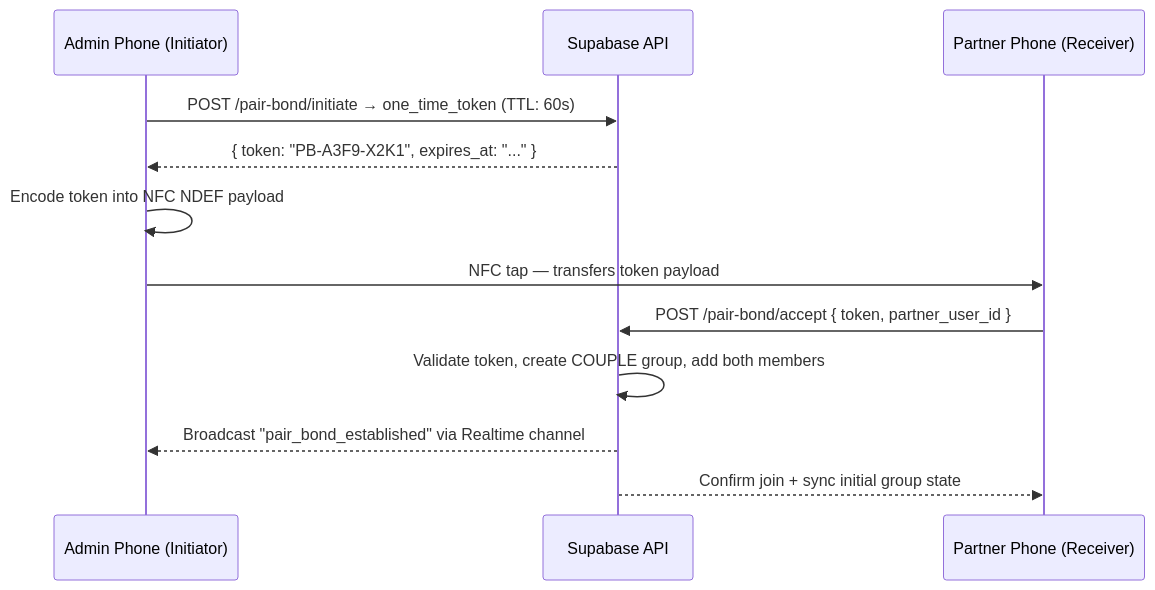
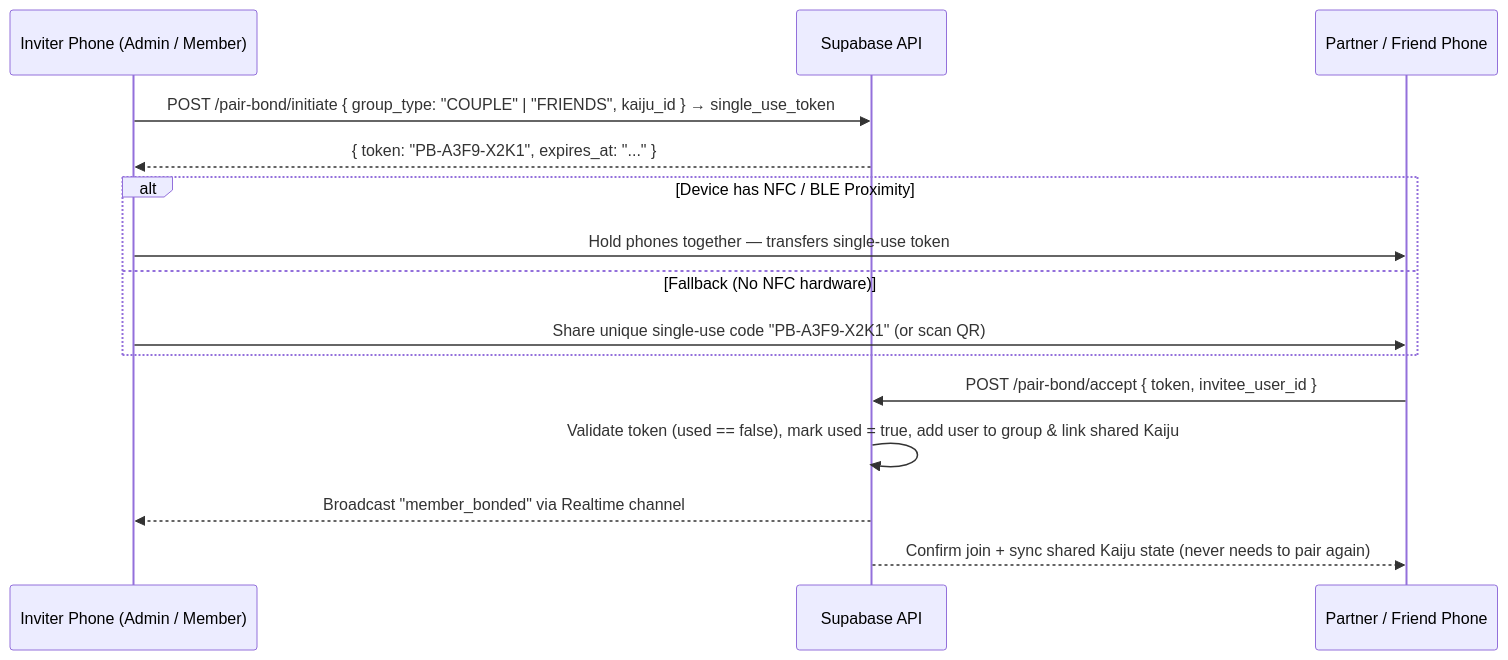
The diagram in Documentation/Multiplayer/03-pair-bond-connection.md (TheMrCorvy/HATCH.REF), drawn with Mermaid before and after one commit. The commit also changed other lines of this file and 55 other files, not shown here.

````diff
--- a/Documentation/Multiplayer/03-pair-bond-connection.md
+++ b/Documentation/Multiplayer/03-pair-bond-connection.md
@@ -24,15 +25,18 @@
 ```mermaid
 sequenceDiagram
-    participant Admin as Admin Phone (Initiator)
+    participant Inviter as Inviter Phone (Admin / Member)
     participant Server as Supabase API
-    participant Partner as Partner Phone (Receiver)
+    participant Invitee as Partner / Friend Phone
 
-    Admin->>Server: POST /pair-bond/initiate → one_time_token (TTL: 60s)
-    Server-->>Admin: { token: "PB-A3F9-X2K1", expires_at: "..." }
-    Admin->>Admin: Encode token into NFC NDEF payload
-    Admin->>Partner: NFC tap — transfers token payload
-    Partner->>Server: POST /pair-bond/accept { token, partner_user_id }
-    Server->>Server: Validate token, create COUPLE group, add both members
-    Server-->>Admin: Broadcast "pair_bond_established" via Realtime channel
-    Server-->>Partner: Confirm join + sync initial group state
+    Inviter->>Server: POST /pair-bond/initiate { group_type: "COUPLE" | "FRIENDS", kaiju_id } → single_use_token
+    Server-->>Inviter: { token: "PB-A3F9-X2K1", expires_at: "..." }
+    alt Device has NFC / BLE Proximity
+        Inviter->>Invitee: Hold phones together — transfers single-use token
+    else Fallback (No NFC hardware)
+        Inviter->>Invitee: Share unique single-use code "PB-A3F9-X2K1" (or scan QR)
+    end
+    Invitee->>Server: POST /pair-bond/accept { token, invitee_user_id }
+    Server->>Server: Validate token (used == false), mark used = true, add user to group & link shared Kaiju
+    Server-->>Inviter: Broadcast "member_bonded" via Realtime channel
+    Server-->>Invitee: Confirm join + sync shared Kaiju state (never needs to pair again)
 ```
````
